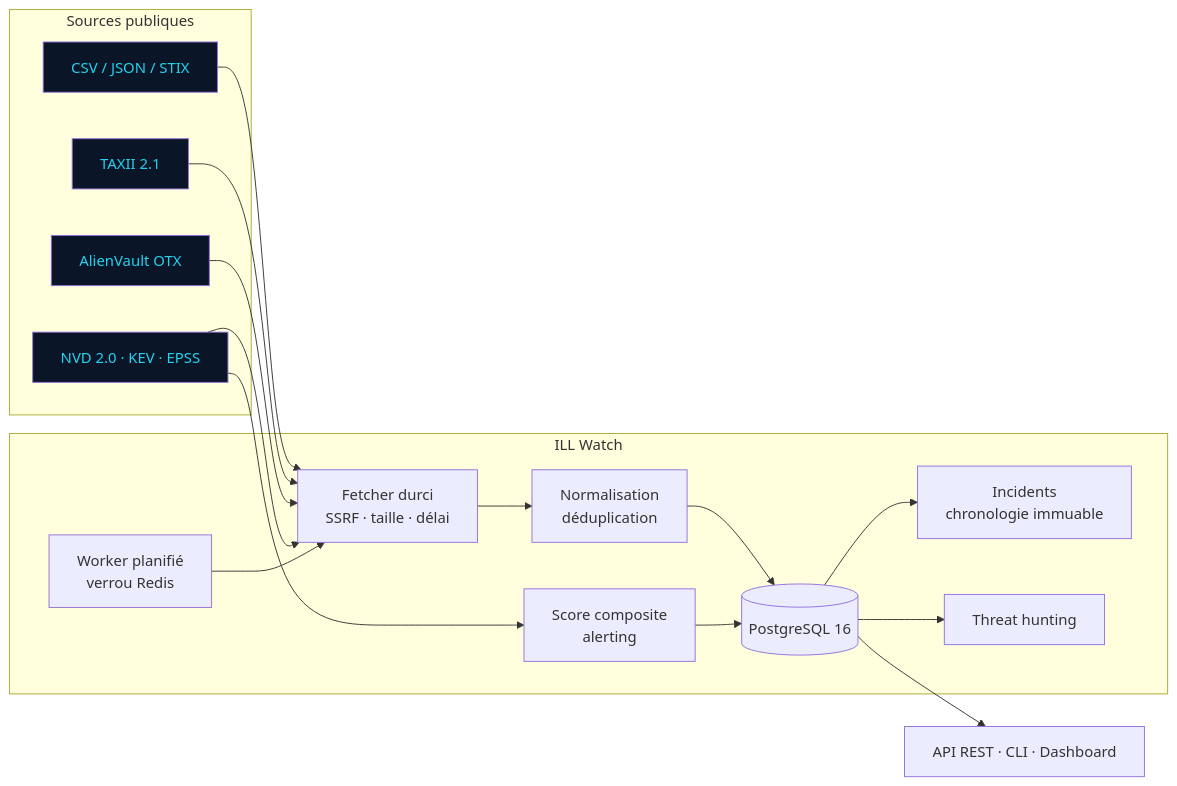
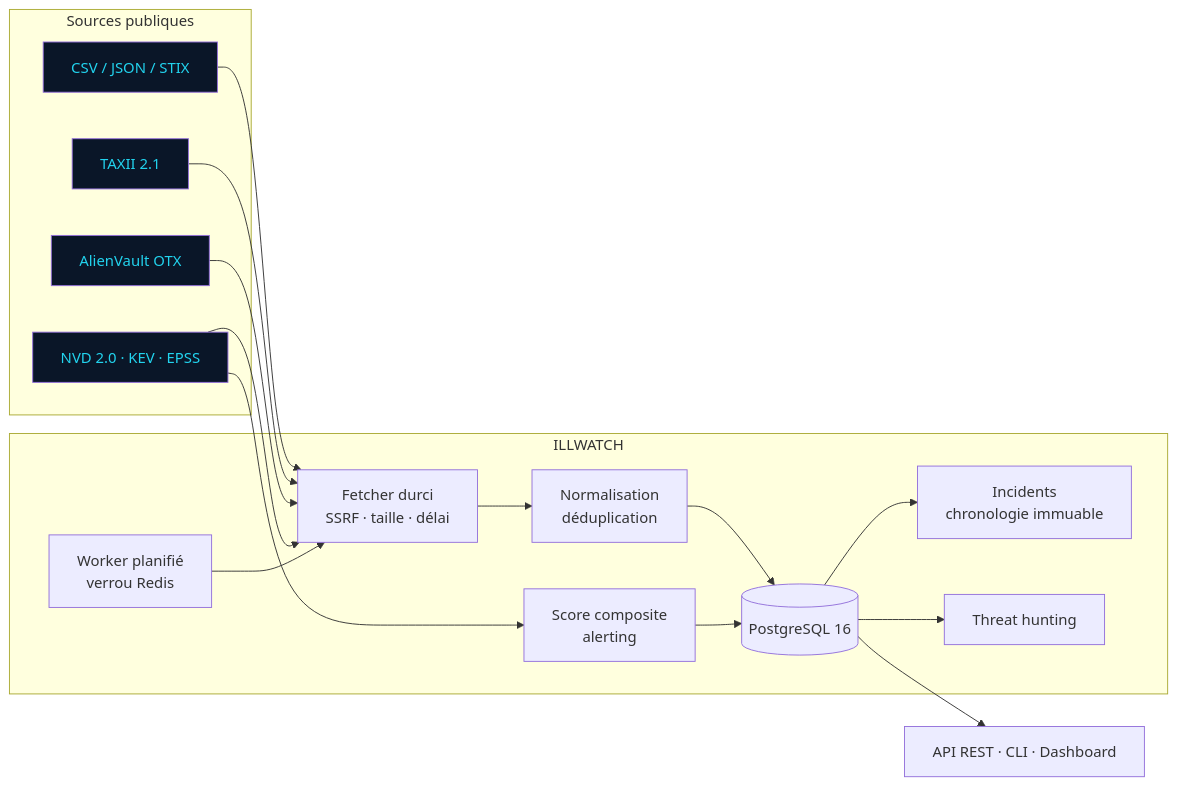
The diagram in README.md (GodwillFoka/cyberillsec-illwatch), drawn with Mermaid before and after one commit. The commit also changed other lines of this file and 121 other files, not shown here.

````diff
--- a/README.md
+++ b/README.md
@@ -132,24 +132,24 @@
 ```mermaid
 flowchart LR
     subgraph Sources publiques
         A[CSV / JSON / STIX]:::src
         B[TAXII 2.1]:::src
         C[AlienVault OTX]:::src
         D[NVD 2.0 · KEV · EPSS]:::src
     end
-    subgraph ILL Watch
+    subgraph ILLWATCH
         W[Worker planifié<br/>verrou Redis]
         F[Fetcher durci<br/>SSRF · taille · délai]
         N[Normalisation<br/>déduplication]
         S[Score composite<br/>alerting]
         I[Incidents<br/>chronologie immuable]
         H[Threat hunting]
         DB[(PostgreSQL 16)]
     end
     A & B & C & D --> F
     W --> F --> N --> DB
     D --> S --> DB
     DB --> I & H
     DB --> API[API REST · CLI · Dashboard]
     classDef src fill:#0A1628,color:#22D3EE
 ```
````
